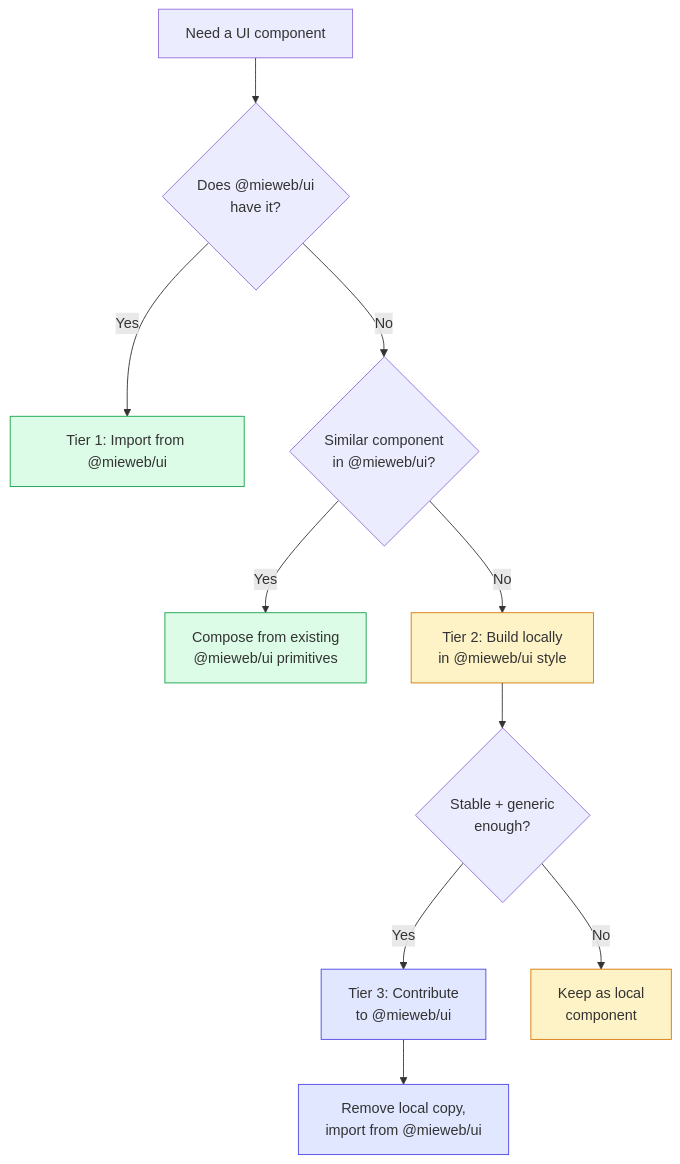
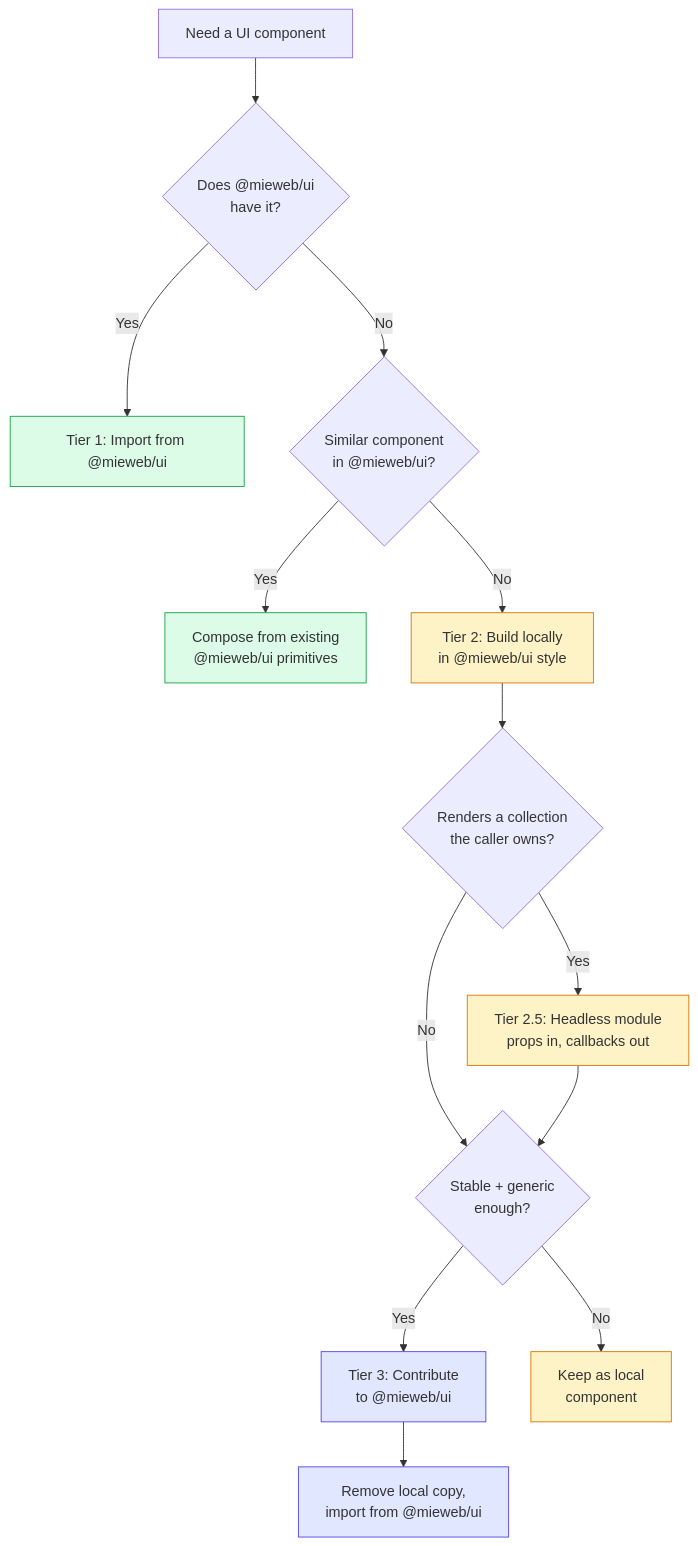
One commit to mieweb/ui changed the second of 2 diagrams in lessons/component-policy.md. Above: the diagram before and after it, drawn with Mermaid. The commit also changed other lines of this file and 7 other files, not shown here.

First line of the commit message:
feat(catalog): define the headless module contract and open a Views family

````diff
--- a/lessons/component-policy.md
+++ b/lessons/component-policy.md
@@ -289,20 +321,23 @@
 ```mermaid
 flowchart TD
     Start[Need a UI component] --> Check{Does @mieweb/ui<br/>have it?}
     Check -->|Yes| Use[Tier 1: Import from @mieweb/ui]
     Check -->|No| Similar{Similar component<br/>in @mieweb/ui?}
     Similar -->|Yes| Compose[Compose from existing<br/>@mieweb/ui primitives]
     Similar -->|No| Build[Tier 2: Build locally<br/>in @mieweb/ui style]
-    Build --> Stable{Stable + generic<br/>enough?}
+    Build --> Collection{Renders a collection<br/>the caller owns?}
+    Collection -->|Yes| Module[Tier 2.5: Headless module<br/>props in, callbacks out]
+    Collection -->|No| Stable
+    Module --> Stable{Stable + generic<br/>enough?}
     Stable -->|Yes| Contribute[Tier 3: Contribute<br/>to @mieweb/ui]
     Stable -->|No| Keep[Keep as local<br/>component]
     Contribute --> Remove[Remove local copy,<br/>import from @mieweb/ui]
 
     classDef tier1 fill:#dcfce7,stroke:#16a34a
     classDef tier2 fill:#fef3c7,stroke:#d97706
     classDef tier3 fill:#e0e7ff,stroke:#4f46e5
 
     class Use,Compose tier1
-    class Build,Keep tier2
+    class Build,Keep,Module tier2
     class Contribute,Remove tier3
 ```
````
